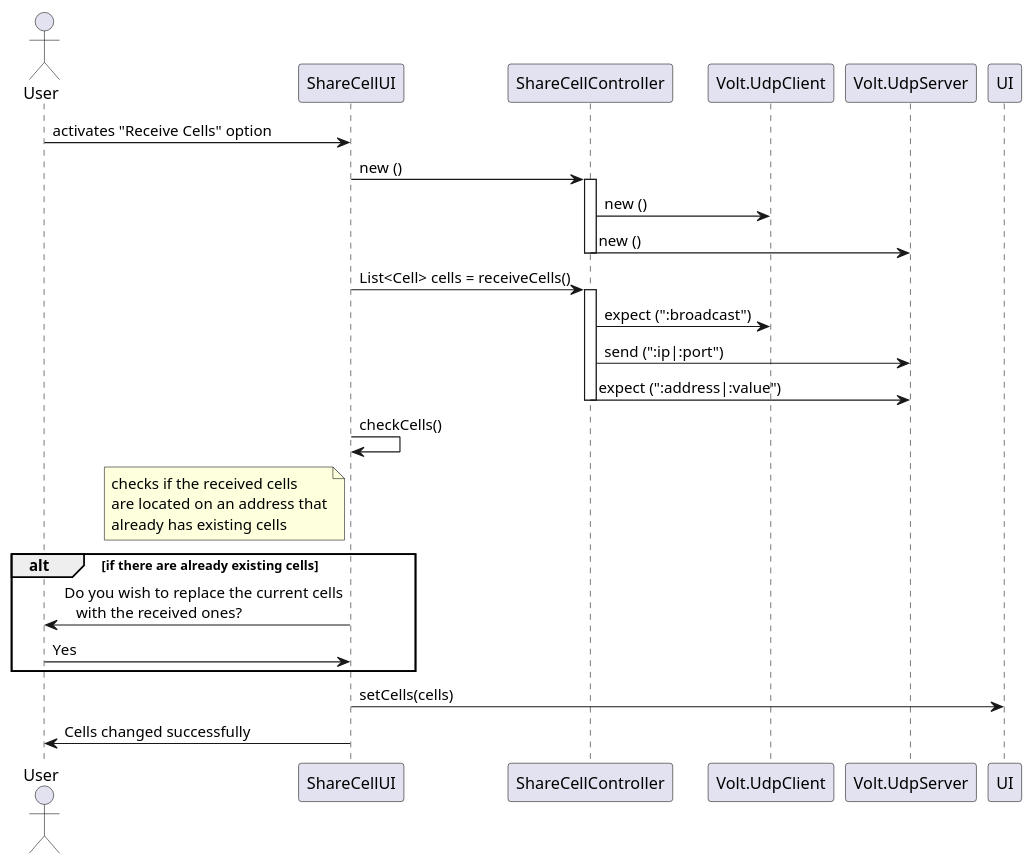
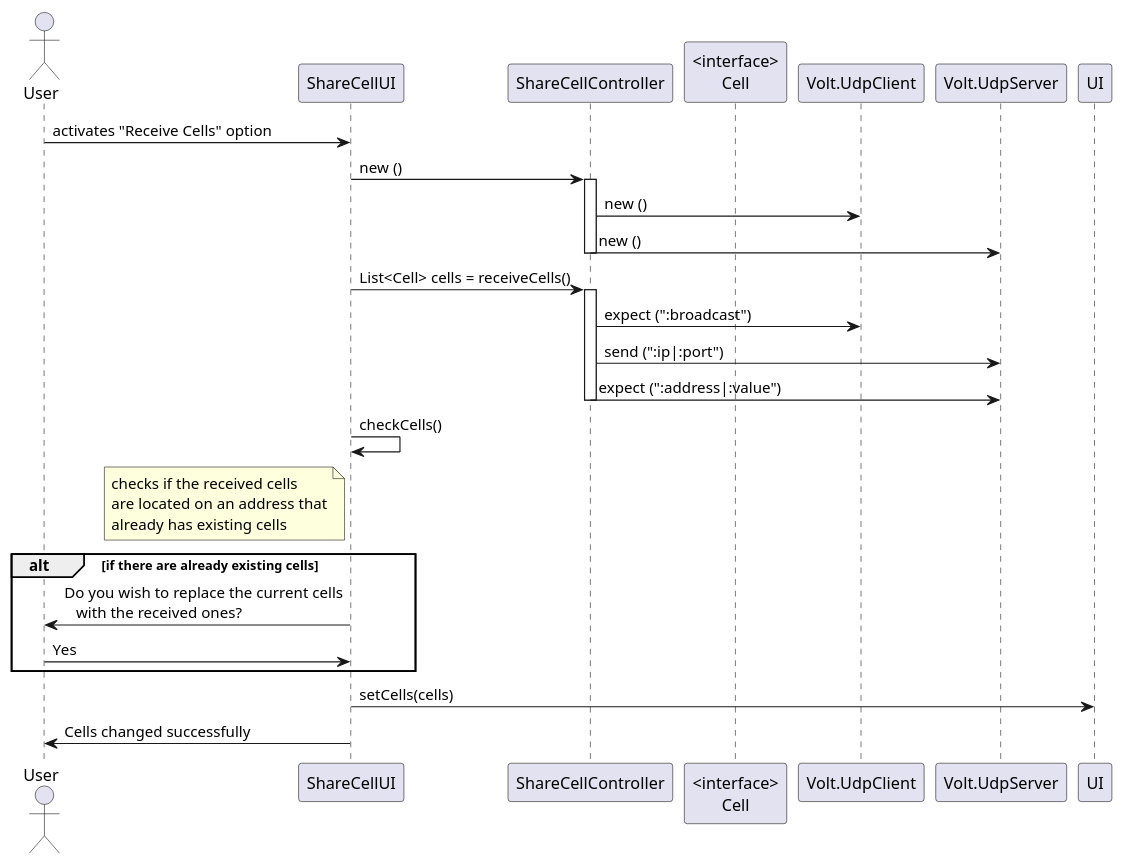
One commit to RubenTeixeira/cleansheets_isep_2dg_2016 changed the diagram in src/main/java/csheets/worklog/n1140611/sprint1/ipc01_01_design1.puml. Above: the diagram before and after it, drawn with PlantUML. The commit also changed 2 other files, not shown here.

```diff
--- a/src/main/java/csheets/worklog/n1140611/sprint1/ipc01_01_design1.puml
+++ b/src/main/java/csheets/worklog/n1140611/sprint1/ipc01_01_design1.puml
@@ -1,38 +1,39 @@
 @startuml doc-files/ipc01_01_design1.png
 
 actor User 
 participant "ShareCellUI" as ShareCellUI
 participant "ShareCellController" as ShareCellController
+participant "<interface>\nCell" as Cell
 participant "Volt.UdpClient" as UdpClient
 participant "Volt.UdpServer" as UdpServer
 participant "UI" as UI
 
 User->ShareCellUI: activates "Receive Cells" option
 ShareCellUI->ShareCellController: new ()
 
 activate ShareCellController
 ShareCellController->UdpClient: new ()
 ShareCellController->UdpServer: new ()
 deactivate ShareCellController
 
 ShareCellUI->ShareCellController:  List<Cell> cells = receiveCells()
 
 activate ShareCellController
 ShareCellController->UdpClient: expect (":broadcast")
 ShareCellController->UdpServer: send (":ip|:port")
 
 ShareCellController->UdpServer: expect (":address|:value")
 deactivate ShareCellController
 
 ShareCellUI->ShareCellUI: checkCells()
 note left of ShareCellUI: checks if the received cells\nare located on an address that\nalready has existing cells
 
 alt if there are already existing cells
     ShareCellUI->User: Do you wish to replace the current cells\n   with the received ones?
     User->ShareCellUI: Yes
 end
 	
 ShareCellUI->UI: setCells(cells)
 ShareCellUI->User: Cells changed successfully
 
 @enduml
```
